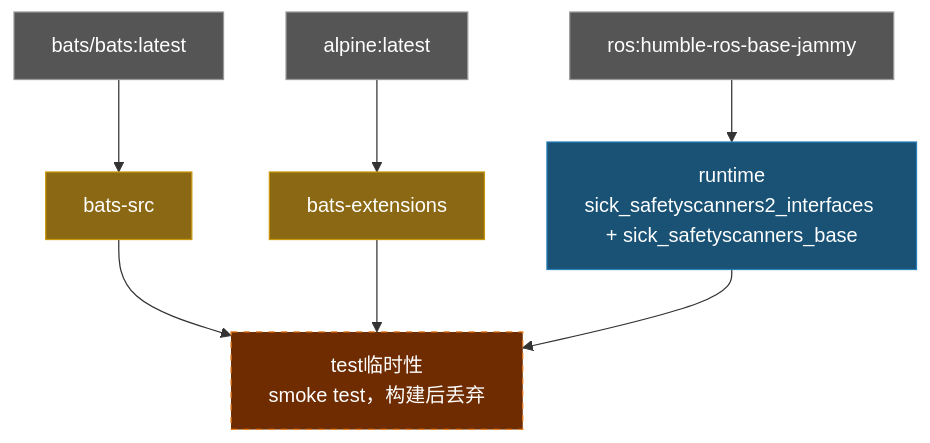
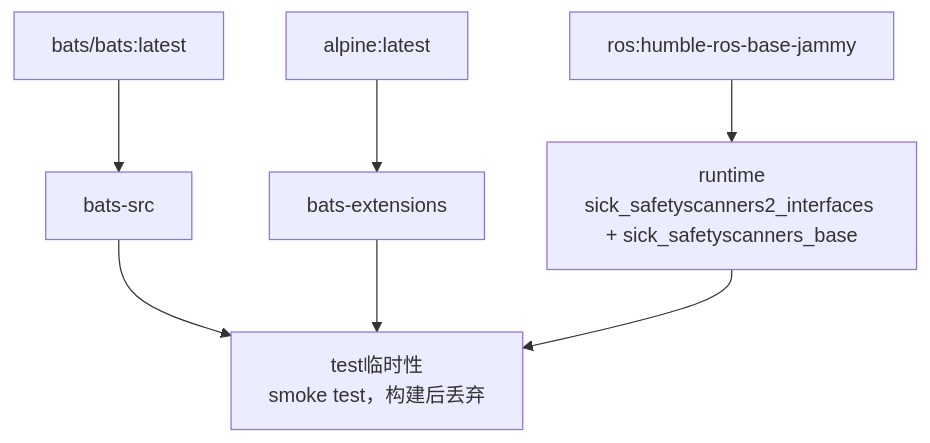
Before and after one commit to ycpss91255-docker/sick_humble: the diagram in doc/README.zh-CN.md, drawn with Mermaid. The commit also changed 3 other files, not shown here.

Commit message:
docs: remove mermaid background colors from architecture diagrams (#15)

````diff
--- a/doc/README.zh-CN.md
+++ b/doc/README.zh-CN.md
@@ -83,20 +83,16 @@
 ```mermaid
 graph TD
-    EXT1["bats/bats:latest"]:::external
-    EXT2["alpine:latest"]:::external
-    EXT3["ros:humble-ros-base-jammy"]:::external
+    EXT1["bats/bats:latest"]
+    EXT2["alpine:latest"]
+    EXT3["ros:humble-ros-base-jammy"]
 
-    EXT1 --> bats-src["bats-src"]:::tool
-    EXT2 --> bats-ext["bats-extensions"]:::tool
+    EXT1 --> bats-src["bats-src"]
+    EXT2 --> bats-ext["bats-extensions"]
 
-    EXT3 --> runtime["runtime\nsick_safetyscanners2_interfaces + sick_safetyscanners_base"]:::stage
+    EXT3 --> runtime["runtime\nsick_safetyscanners2_interfaces + sick_safetyscanners_base"]
 
-    bats-src --> test["test临时性\nsmoke test，构建后丢弃"]:::ephemeral
+    bats-src --> test["test临时性\nsmoke test，构建后丢弃"]
     bats-ext --> test
     runtime --> test
 
-    classDef external fill:#555,color:#fff,stroke:#999
-    classDef tool fill:#8B6914,color:#fff,stroke:#c8960c
-    classDef stage fill:#1a5276,color:#fff,stroke:#2980b9
-    classDef ephemeral fill:#6e2c00,color:#fff,stroke:#e67e22,stroke-dasharray:5 5
 ```
````
